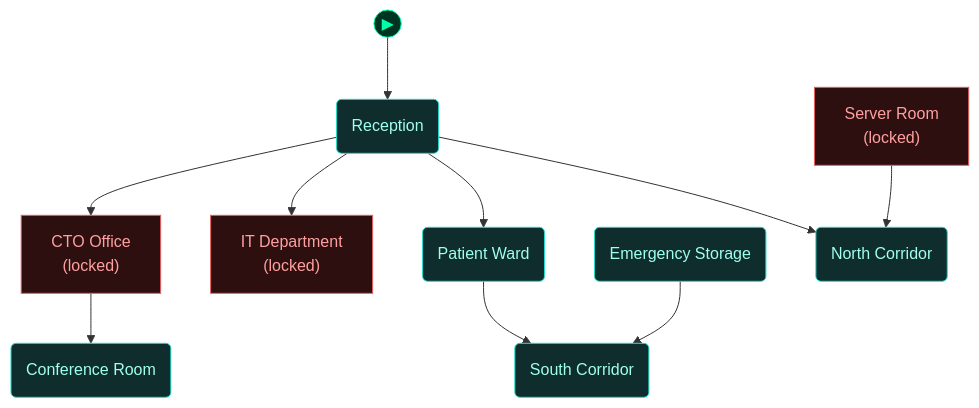
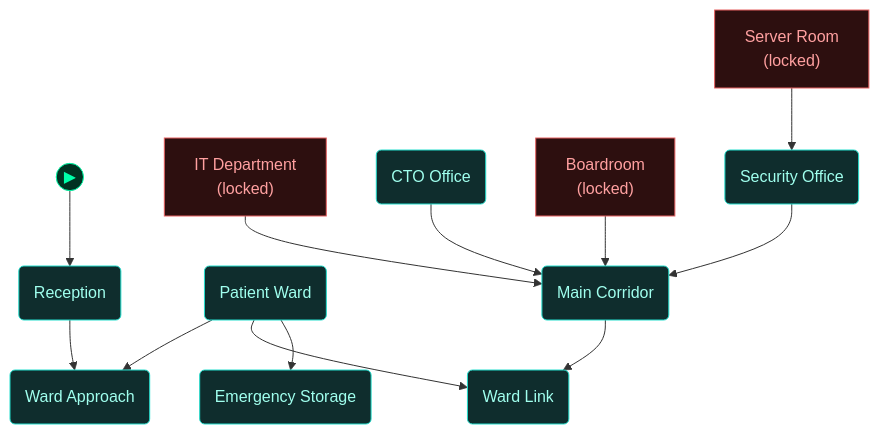
The fourth of 5 diagrams in scenarios/m02_ransomed_trust/dungeon_graph.md (cliffe/BreakEscapeGame), drawn with Mermaid before and after one commit. The commit also changed other lines of this file and 35 other files, not shown here.

````diff
--- a/scenarios/m02_ransomed_trust/dungeon_graph.md
+++ b/scenarios/m02_ransomed_trust/dungeon_graph.md
@@ -472,44 +604,48 @@
 ```mermaid
 flowchart TD
 
   classDef room      fill:#0f2d2d,stroke:#22ddcc,color:#a0ffee
   classDef lock      fill:#2d0f0f,stroke:#e66060,color:#ffa0a0
   classDef key       fill:#2d0812,stroke:#e66060,color:#ffa0a0
   classDef item      fill:#2d1200,stroke:#e89030,color:#ffcc80
   classDef gate      fill:#111,stroke:#666,color:#eee
   classDef vm        fill:#0c1f40,stroke:#4a90d9,color:#a0c8ff
   classDef flag      fill:#1a0c2d,stroke:#9060d0,color:#cc99ff
   classDef action    fill:#1a1200,stroke:#cc9922,color:#ffee88
   classDef aim       fill:#0d2a0d,stroke:#44cc44,color:#88ff88
   classDef aim_gate  fill:#111111,stroke:#44cc44,color:#44cc44
   classDef container fill:#1a2d1a,stroke:#60b060,color:#a0e0a0
   classDef npc       fill:#2d1f0d,stroke:#d0a050,color:#ffe0a0
   classDef critical  fill:#2a1500,stroke:#ffaa00,color:#ffdd88
   classDef start     fill:#003322,stroke:#00ffaa,color:#00ffaa
 
   node_start(("▶"))
   node_start --> reception_lobby
 
   reception_lobby("Reception")
   hospital_ward("Patient Ward")
   it_department["IT Department<br/>(locked)"]
   server_room["Server Room<br/>(locked)"]
   emergency_equipment_storage("Emergency Storage")
-  dr_kim_office["CTO Office<br/>(locked)"]
-  conference_room("Conference Room")
-  hallway_north("North Corridor")
-  hallway_south("South Corridor")
+  dr_kim_office("CTO Office")
+  conference_room["Boardroom<br/>(locked)"]
+  security_office("Security Office")
+  office_corridor("Main Corridor")
+  ward_hall("Ward Link")
+  ward_approach("Ward Approach")
 
-  reception_lobby --> hallway_north
-  reception_lobby --> it_department
-  reception_lobby --> dr_kim_office
-  reception_lobby --> hospital_ward
-  hospital_ward --> hallway_south
-  server_room --> hallway_north
-  emergency_equipment_storage --> hallway_south
-  dr_kim_office --> conference_room
+  reception_lobby --> ward_approach
+  hospital_ward --> ward_approach
+  hospital_ward --> ward_hall
+  hospital_ward --> emergency_equipment_storage
+  it_department --> office_corridor
+  server_room --> security_office
+  dr_kim_office --> office_corridor
+  conference_room --> office_corridor
+  security_office --> office_corridor
+  office_corridor --> ward_hall
 
-  class reception_lobby,hospital_ward,emergency_equipment_storage,conference_room,hallway_north,hallway_south room
-  class it_department,server_room,dr_kim_office lock
+  class reception_lobby,hospital_ward,emergency_equipment_storage,dr_kim_office,security_office,office_corridor,ward_hall,ward_approach room
+  class it_department,server_room,conference_room lock
   class node_start start
 ```
````
